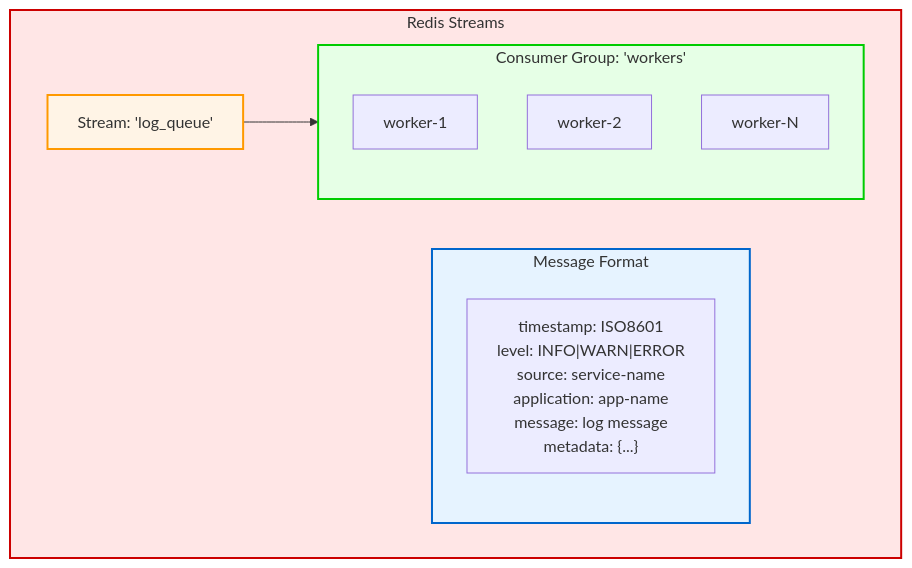
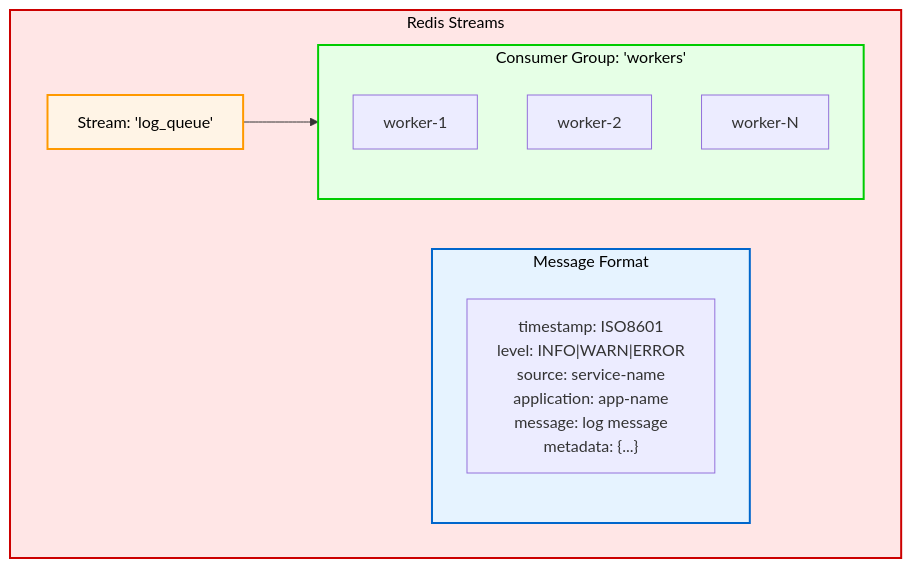
Before and after one commit to Romanabramovich/logs-and-found: the first of 8 diagrams in ARCHITECTURE.md, drawn with Mermaid. The commit also changed other lines of this file and 2 other files, not shown here.

Commit message:
diagram styling

````diff
--- a/ARCHITECTURE.md
+++ b/ARCHITECTURE.md
@@ -42,23 +42,23 @@
 ```mermaid
 graph TB
     subgraph Redis["Redis Streams"]
         Stream["Stream: 'log_queue'"]
         
         subgraph Message["Message Format"]
             MsgFields["timestamp: ISO8601<br/>level: INFO|WARN|ERROR<br/>source: service-name<br/>application: app-name<br/>message: log message<br/>metadata: {...}"]
         end
         
         subgraph Consumers["Consumer Group: 'workers'"]
             W1[worker-1]
             W2[worker-2]
             W3[worker-N]
         end
         
         Stream --> Consumers
     end
     
-    style Redis fill:#ffe6e6,stroke:#cc0000,stroke-width:2px
-    style Stream fill:#fff4e6,stroke:#ff9900,stroke-width:2px
-    style Message fill:#e6f3ff,stroke:#0066cc,stroke-width:2px
-    style Consumers fill:#e6ffe6,stroke:#00cc00,stroke-width:2px
+    style Redis fill:#ffe6e6,stroke:#cc0000,stroke-width:2px,color:#000000
+    style Stream fill:#fff4e6,stroke:#ff9900,stroke-width:2px,color:#000000
+    style Message fill:#e6f3ff,stroke:#0066cc,stroke-width:2px,color:#000000
+    style Consumers fill:#e6ffe6,stroke:#00cc00,stroke-width:2px,color:#000000
 ```
````
